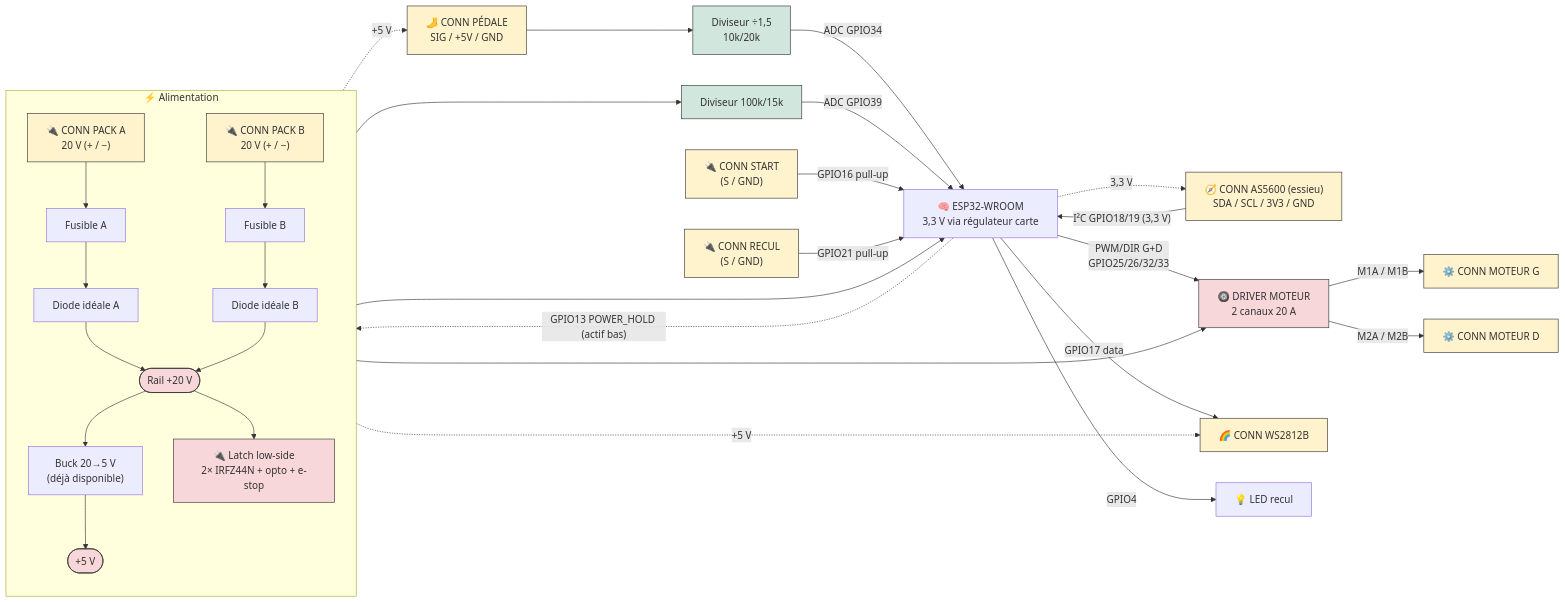
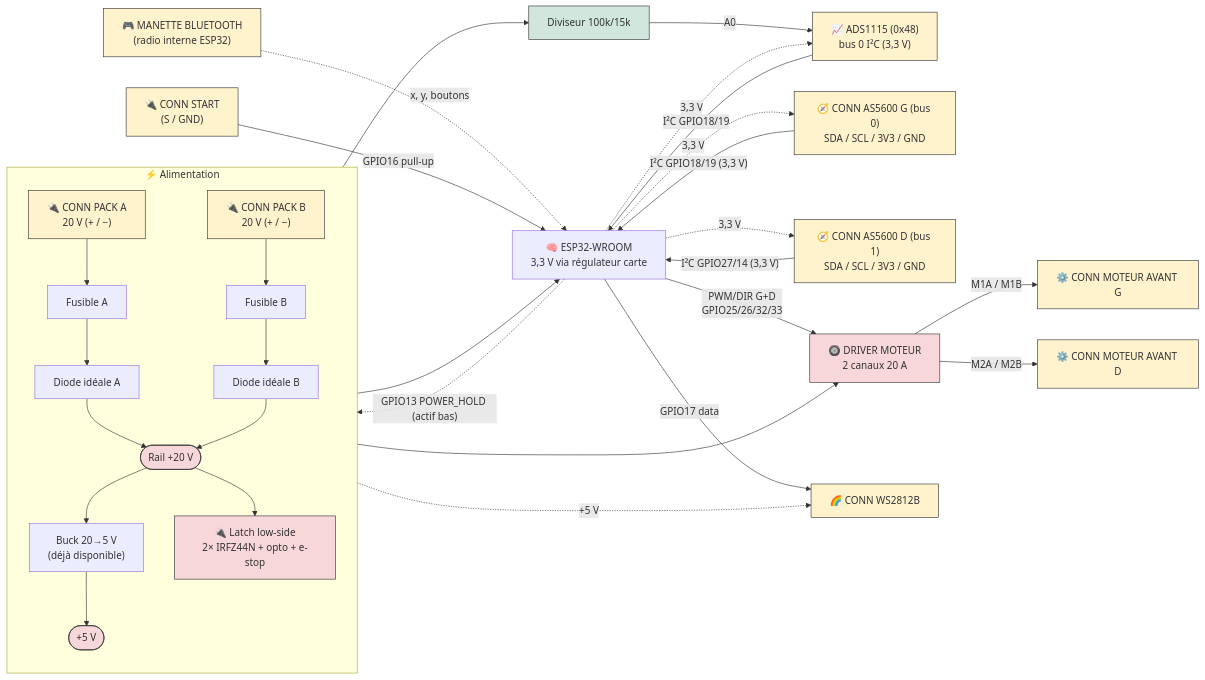
Before and after one commit to pinkymaxou/powered-soapbox-car: the seventh of 10 diagrams in README.md, drawn with Mermaid. The commit also changed other lines of this file and 23 other files, not shown here.

First line of the commit message:
Kart à entraînement différentiel : moteurs avant + manette Bluetooth

````diff
--- a/README.md
+++ b/README.md
@@ -466,40 +466,41 @@
 ```mermaid
 flowchart LR
     subgraph PWR["⚡ Alimentation"]
         direction TB
         PA["🔌 CONN PACK A<br/>20 V (+ / −)"] --> FA["Fusible A"] --> DA["Diode idéale A"]
         PB["🔌 CONN PACK B<br/>20 V (+ / −)"] --> FB["Fusible B"] --> DB["Diode idéale B"]
         DA --> RAIL(["Rail +20 V"])
         DB --> RAIL
         RAIL --> BUCK["Buck 20→5 V<br/>(déjà disponible)"] --> V5(["+5 V"])
         RAIL --> LATCH["🔌 Latch low-side<br/>2× IRFZ44N + opto + e-stop"]
     end
 
     ESP["🧠 ESP32-WROOM<br/>3,3 V via régulateur carte"]
     V5 --> ESP
     ESP -. "GPIO13 POWER_HOLD (actif bas)" .-> LATCH
 
-    PED["🦶 CONN PÉDALE<br/>SIG / +5V / GND"] --> DIVT["Diviseur ÷1,5<br/>10k/20k"] -->|"ADC GPIO34"| ESP
-    RAIL --> DIVB["Diviseur 100k/15k"] -->|"ADC GPIO39"| ESP
-    ENC["🧭 CONN AS5600 (essieu)<br/>SDA / SCL / 3V3 / GND"] -->|"I²C GPIO18/19 (3,3 V)"| ESP
+    PAD["🎮 MANETTE BLUETOOTH<br/>(radio interne ESP32)"] -.->|"x, y, boutons"| ESP
+    RAIL --> DIVB["Diviseur 100k/15k"] -->|"A0"| ADS["📈 ADS1115 (0x48)<br/>bus 0 I²C (3,3 V)"]
+    ADS -->|"I²C GPIO18/19"| ESP
+    EG["🧭 CONN AS5600 G (bus 0)<br/>SDA / SCL / 3V3 / GND"] -->|"I²C GPIO18/19 (3,3 V)"| ESP
+    ED["🧭 CONN AS5600 D (bus 1)<br/>SDA / SCL / 3V3 / GND"] -->|"I²C GPIO27/14 (3,3 V)"| ESP
     BST["🔌 CONN START<br/>(S / GND)"] -->|"GPIO16 pull-up"| ESP
-    BRV["🔌 CONN RECUL<br/>(S / GND)"] -->|"GPIO21 pull-up"| ESP
 
     ESP -->|"PWM/DIR G+D<br/>GPIO25/26/32/33"| DRV["🛞 DRIVER MOTEUR<br/>2 canaux 20 A"]
     RAIL --> DRV
-    DRV -->|"M1A / M1B"| MG["⚙️ CONN MOTEUR G"]
-    DRV -->|"M2A / M2B"| MD["⚙️ CONN MOTEUR D"]
+    DRV -->|"M1A / M1B"| MG["⚙️ CONN MOTEUR AVANT G"]
+    DRV -->|"M2A / M2B"| MD["⚙️ CONN MOTEUR AVANT D"]
     ESP -->|"GPIO17 data"| WS["🌈 CONN WS2812B"]
-    ESP -->|"GPIO4"| LEDR["💡 LED recul"]
 
-    V5 -. "+5 V" .-> PED
     V5 -. "+5 V" .-> WS
-    ESP -. "3,3 V" .-> ENC
+    ESP -. "3,3 V" .-> EG
+    ESP -. "3,3 V" .-> ED
+    ESP -. "3,3 V" .-> ADS
 
     classDef pwr fill:#f8d7da,stroke:#333;
     classDef conn fill:#fff3cd,stroke:#333;
     classDef cond fill:#d1e7dd,stroke:#333;
     class RAIL,V5,LATCH,DRV pwr;
-    class PA,PB,PED,ENC,BST,BRV,MG,MD,WS conn;
-    class DIVT,DIVB cond;
+    class PA,PB,PAD,EG,ED,ADS,BST,MG,MD,WS conn;
+    class DIVB cond;
 ```
````
